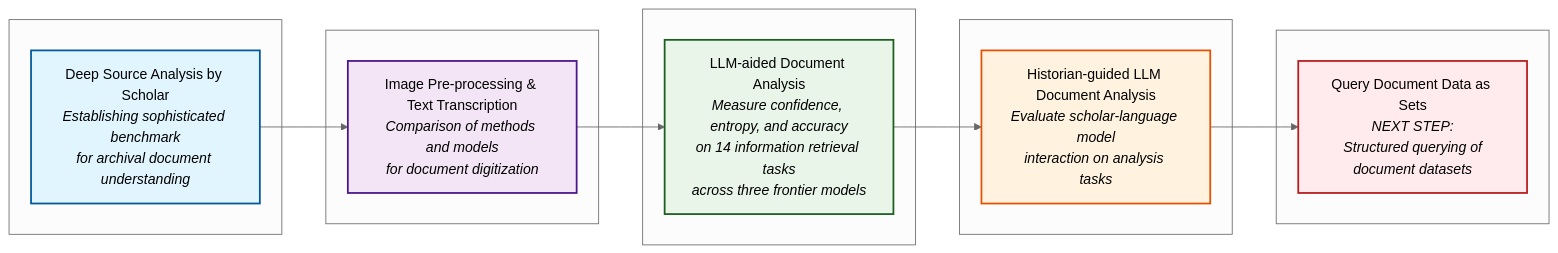
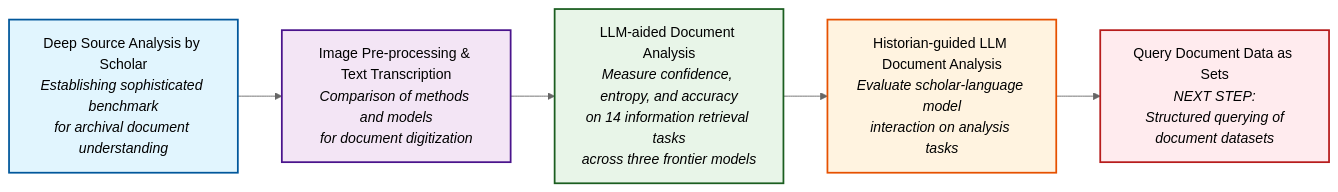
The diagram in index.md (sets-architecture/sets-architecture.github.io), drawn with Mermaid (neutral theme) before and after one commit. The commit also changed other lines of this file, not shown here.

Commit message:
revise diagram index.md

````diff
--- a/index.md
+++ b/index.md
@@ -24,39 +29,29 @@
 ```mermaid
 flowchart LR
-    subgraph " "
-        A[Deep Source Analysis by Scholar<br/><i>Establishing sophisticated benchmark<br/>for archival document understanding</i>]
-    end
+    A[Deep Source Analysis by Scholar<br/><i>Establishing sophisticated benchmark<br/>for archival document understanding</i>]
     
-    subgraph "  "
-        B[Image Pre-processing & Text Transcription<br/><i>Comparison of methods and models<br/>for document digitization</i>]
-    end
+    B[Image Pre-processing & Text Transcription<br/><i>Comparison of methods and models<br/>for document digitization</i>]
     
-    subgraph "   "
-        C[LLM-aided Document Analysis<br/><i>Measure confidence, entropy, and accuracy<br/>on 14 information retrieval tasks<br/>across three frontier models</i>]
-    end
+    C[LLM-aided Document Analysis<br/><i>Measure confidence, entropy, and accuracy<br/>on 14 information retrieval tasks<br/>across three frontier models</i>]
     
-    subgraph "    "
-        D[Historian-guided LLM Document Analysis<br/><i>Evaluate scholar-language model<br/>interaction on analysis tasks</i>]
-    end
+    D[Historian-guided LLM Document Analysis<br/><i>Evaluate scholar-language model<br/>interaction on analysis tasks</i>]
     
-    subgraph "     "
-        E[Query Document Data as Sets<br/><i>NEXT STEP:<br/>Structured querying of<br/>document datasets</i>]
-    end
+    E[Query Document Data as Sets<br/><i>NEXT STEP:<br/>Structured querying of<br/>document datasets</i>]
     
     A --> B
-    B --> C  
+    B --> C
     C --> D
     D --> E
     
     classDef step1 fill:#e1f5fe,stroke:#01579b,stroke-width:2px
     classDef step2 fill:#f3e5f5,stroke:#4a148c,stroke-width:2px
     classDef step3 fill:#e8f5e8,stroke:#1b5e20,stroke-width:2px
     classDef step4 fill:#fff3e0,stroke:#e65100,stroke-width:2px
     classDef step5 fill:#ffebee,stroke:#b71c1c,stroke-width:2px
     
-    class A step1;
-    class B step2;
-    class C step3;
-    class D step4;
-    class E step5;
+    class A step1
+    class B step2
+    class C step3
+    class D step4
+    class E step5
 ```
````
